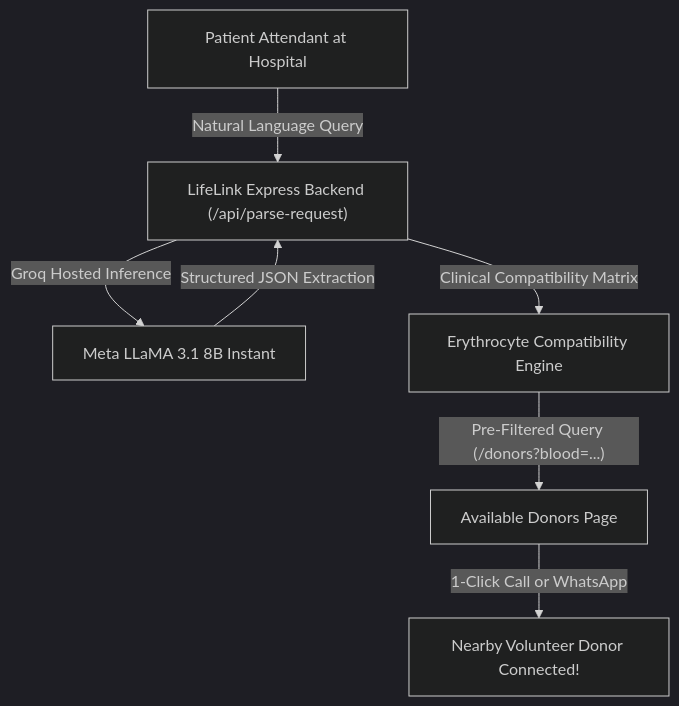
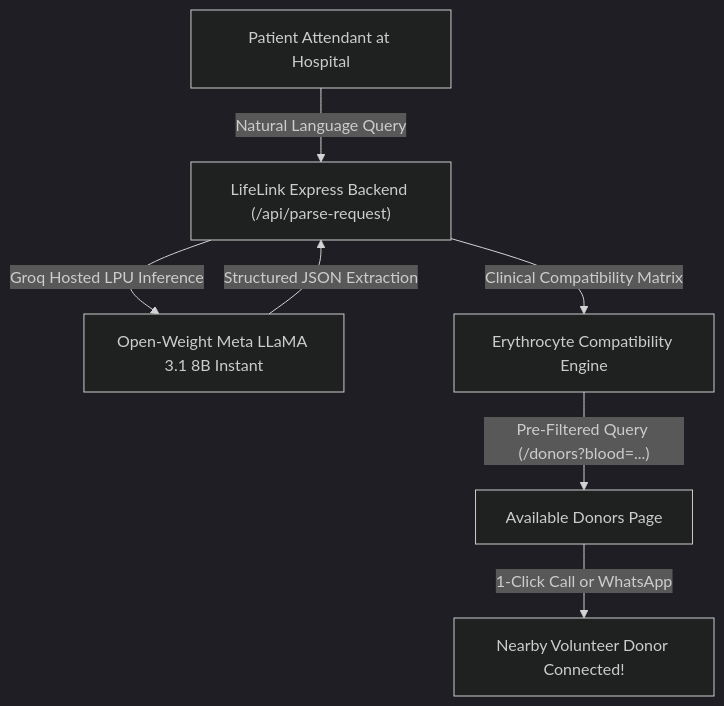
The diagram in README.md (muazali51180/LifeLink), drawn with Mermaid (dark theme) before and after one commit. The commit also changed other lines of this file and 3 other files, not shown here.

Commit message:
docs: add open-weight model technical guide and UI preview screenshots

````diff
--- a/README.md
+++ b/README.md
@@ -56,9 +107,9 @@
 ```mermaid
 flowchart TD
     A["Patient Attendant at Hospital"] -->|"Natural Language Query"| B["LifeLink Express Backend (/api/parse-request)"]
-    B -->|"Groq Hosted Inference"| C["Meta LLaMA 3.1 8B Instant"]
+    B -->|"Groq Hosted LPU Inference"| C["Open-Weight Meta LLaMA 3.1 8B Instant"]
     C -->|"Structured JSON Extraction"| B
     B -->|"Clinical Compatibility Matrix"| D["Erythrocyte Compatibility Engine"]
     D -->|"Pre-Filtered Query (/donors?blood=...)"| E["Available Donors Page"]
     E -->|"1-Click Call or WhatsApp"| F["Nearby Volunteer Donor Connected!"]
 ```
````
